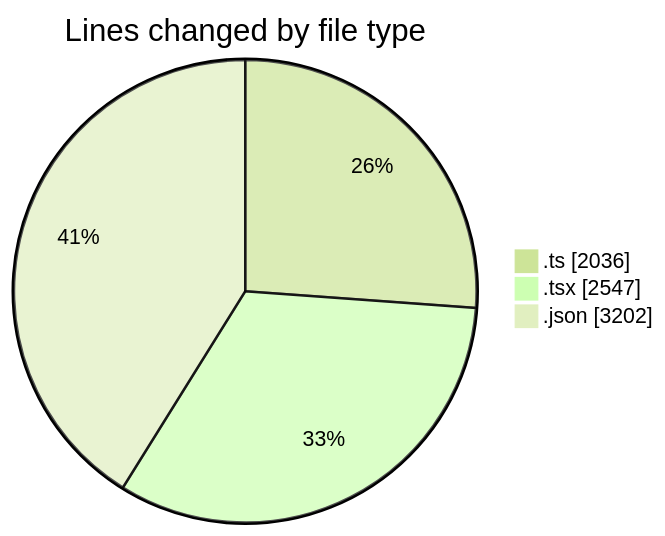
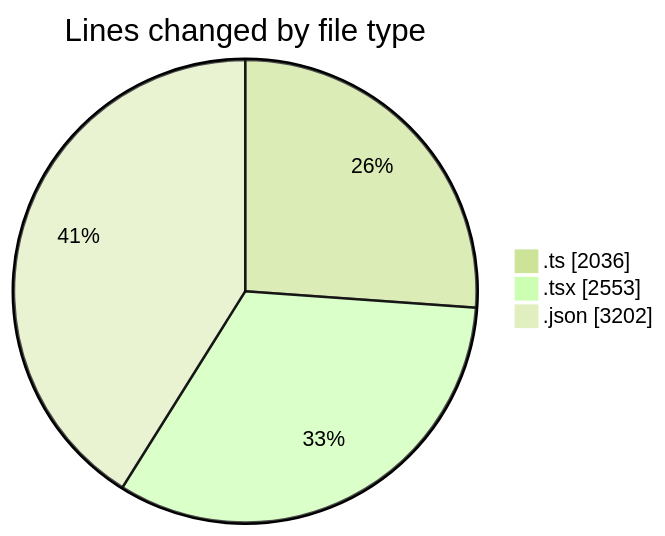
One commit to julien-gomy/code-tracking changed the first of 2 diagrams in 2025-10-23/eventscop-frontend-guide__workspace_/README.md. Above: the diagram before and after it, drawn with Mermaid (forest theme). The commit also changed other lines of this file and 1 other file, not shown here.

````diff
--- a/2025-10-23/eventscop-frontend-guide__workspace_/README.md
+++ b/2025-10-23/eventscop-frontend-guide__workspace_/README.md
@@ -37,7 +37,7 @@
 ```mermaid
 pie showData
 title Lines changed by file type
 ".ts" : 2036
-".tsx" : 2547
+".tsx" : 2553
 ".json" : 3202
 ```
````
